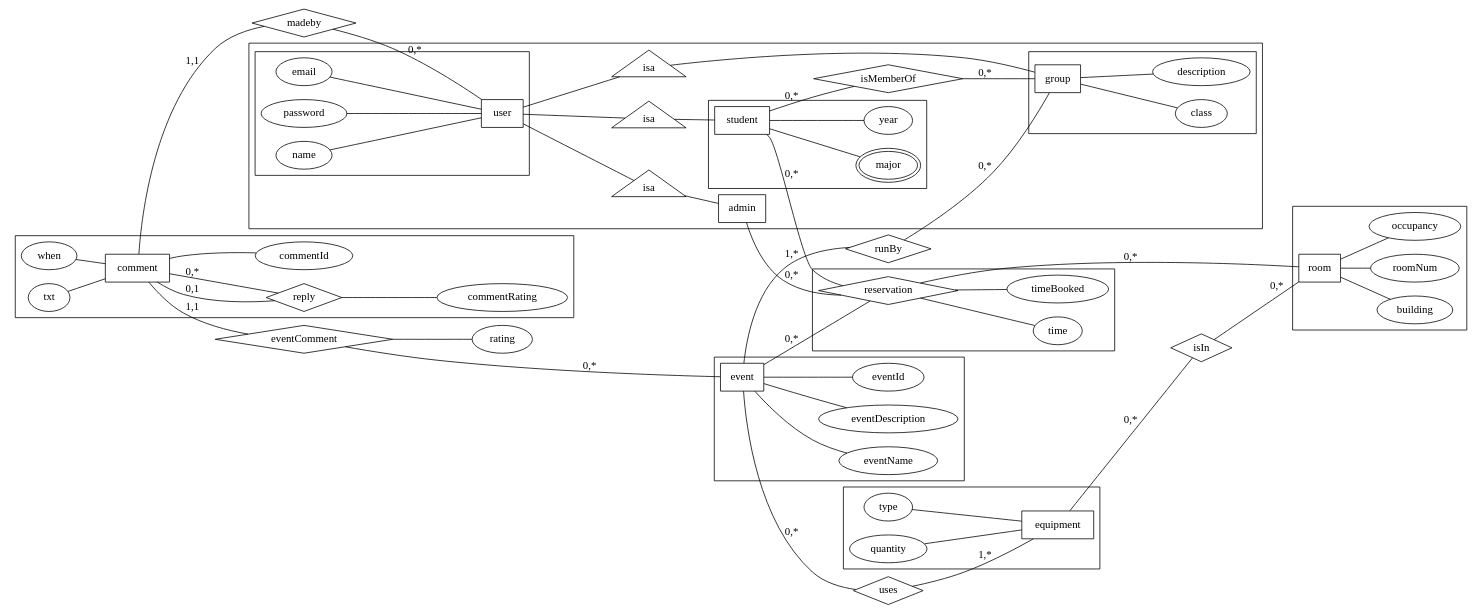
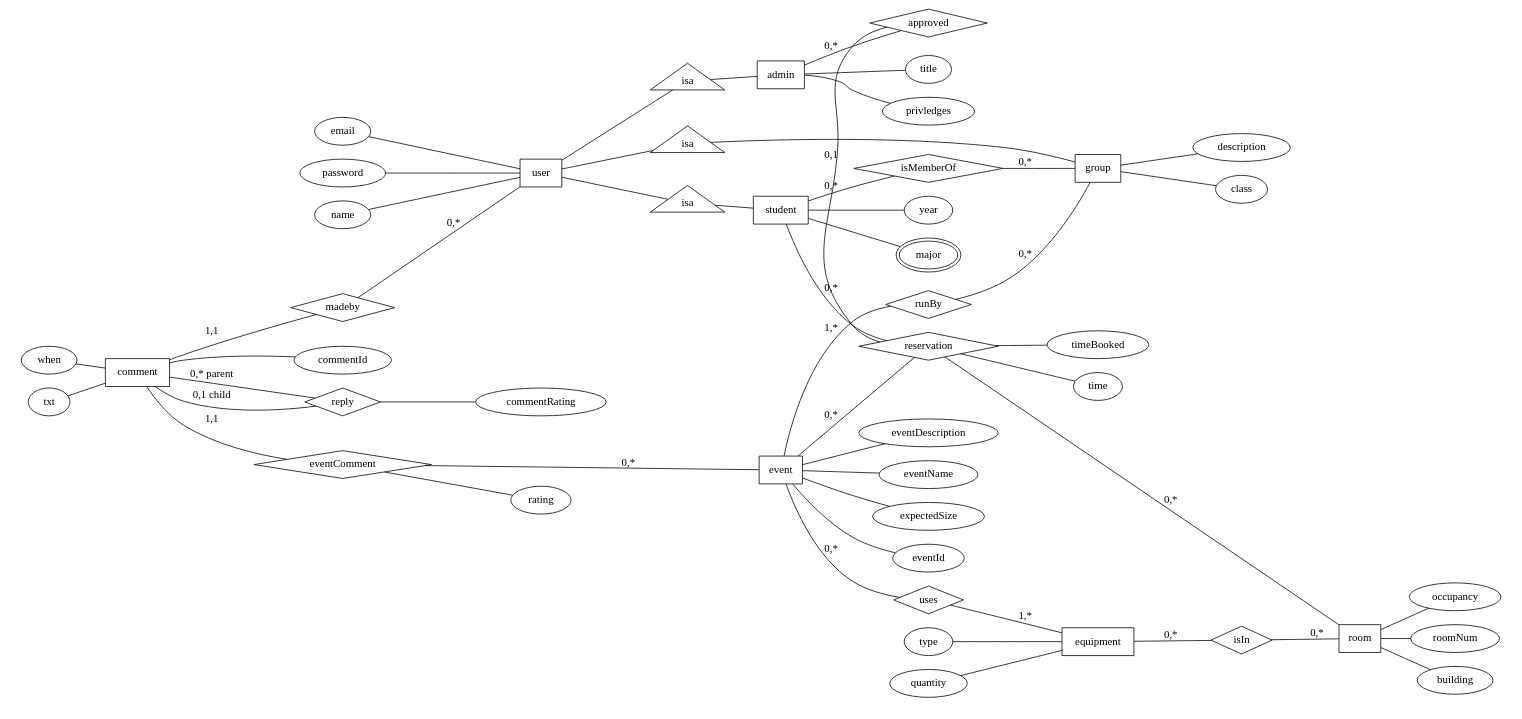
The diagram in ERmodel.dot (AstraLuma/restracker), drawn with Graphviz before and after one commit.

Commit message:
yay invisible boxes

```diff
--- a/ERmodel.dot
+++ b/ERmodel.dot
@@ -1,122 +1,145 @@
 graph{
 rankdir=LR;
 
 group [shape=box];
 event [shape=box];
 user [shape=box];
 admin [shape=box];
 student [shape=box];
 room [shape=box];
 //session [shape=box];
 comment [shape=box];
 equipment [shape=box];
 
 isaadmin [shape=triangle,label=isa];
 isastudent [shape=triangle,label=isa];
 isagroup [shape=triangle,label=isa];
 
 isMemberOf [shape=diamond];
 reservation [shape=diamond]; //make this an entity and relations not one-to-one?
 //loggedIn [shape=diamond];
 eventComment [shape=diamond];
 madeby [shape=diamond];
 reply [shape=diamond];
 isIn [shape=diamond];
 uses [shape=diamond];
 runBy [shape=diamond];
+approved [shape=diamond];
 
 //stuff[peripheries=2];
 major [peripheries=2];
 
 //session--loggedIn [label="0,1"];
 //loggedIn--user [label="0,*"];
 
 eventComment--event [label="0,*"];
 comment--eventComment [label="1,1"];
 comment--madeby [label="1,1"];
 madeby--user [label="0,*"];
 
 
 
 equipment--isIn [label="0,*"];
 isIn--room [label="0,*"];
 
 event--runBy [label="1,*"];
 runBy--group [label="0,*"];
 event--uses [label="0,*"];
 uses--equipment [label="1,*"];
 
 //primary key of reservation is room and time?
 student--reservation [label="0,*"];
 reservation--room [label="0,*"];
 reservation--event [label="0,*"]; //events can be in un-reservable places
-admin--reservation [label="0,*"];
+admin--approved [label="0,*"];
+approved--reservation [label="0,1"];
 
 //attributes
 subgraph cluster_users{
-
+style=invis;
 user--isastudent--student;
 user--isaadmin--admin;
 user--isagroup--group;
 
 
 student--isMemberOf [label="0,*"];
 isMemberOf--group [label="0,*"];
 
 
 subgraph cluster_usergraph {
+style=invis;
+
 name--user;
 email--user; //key
 password--user;
 }
 subgraph cluster_studentgraph{
+style=invis;
+
 student--year;
 student--major;
 }
 
-admin;
+subgraph cluster_admingraph{
+style=invis;
+
+admin--privledges;
+admin--title;
+}
 
 subgraph cluster_groupgraph{
+style=invis;
+
 group--class;
 group--description;
 //group--groupName; //key
 //group--groupEmail; 
 }
 }
 
 subgraph cluster_roomgraph{
+style=invis;
+
 room--building; //key
 room--roomNum; //key
 room--occupancy;
 //stuff--room;
 }
 
 subgraph cluster_eventgraph{
+style=invis;
+
 event--eventName;
 event--eventDescription;
 event--eventId; //key
+event--expectedSize;
 }
 
 subgraph cluster_reservationgraph{
+style=invis;
+
 reservation--time;
 reservation--timeBooked;
 }
 
 eventComment--rating;
 
 subgraph cluster_commentgraph{
+style=invis;
 
-comment--reply [label="0,*"];
-reply--comment [label="0,1"];
+comment--reply [label="0,* parent"];
+reply--comment [label="0,1 child"];
 
 reply--commentRating;
 when--comment;
 txt--comment;
 comment--commentId; //key
 }
 
 subgraph cluster_equipmentgraph{
+style=invis;
+
 type--equipment;
 quantity--equipment;
 }
 }
```
